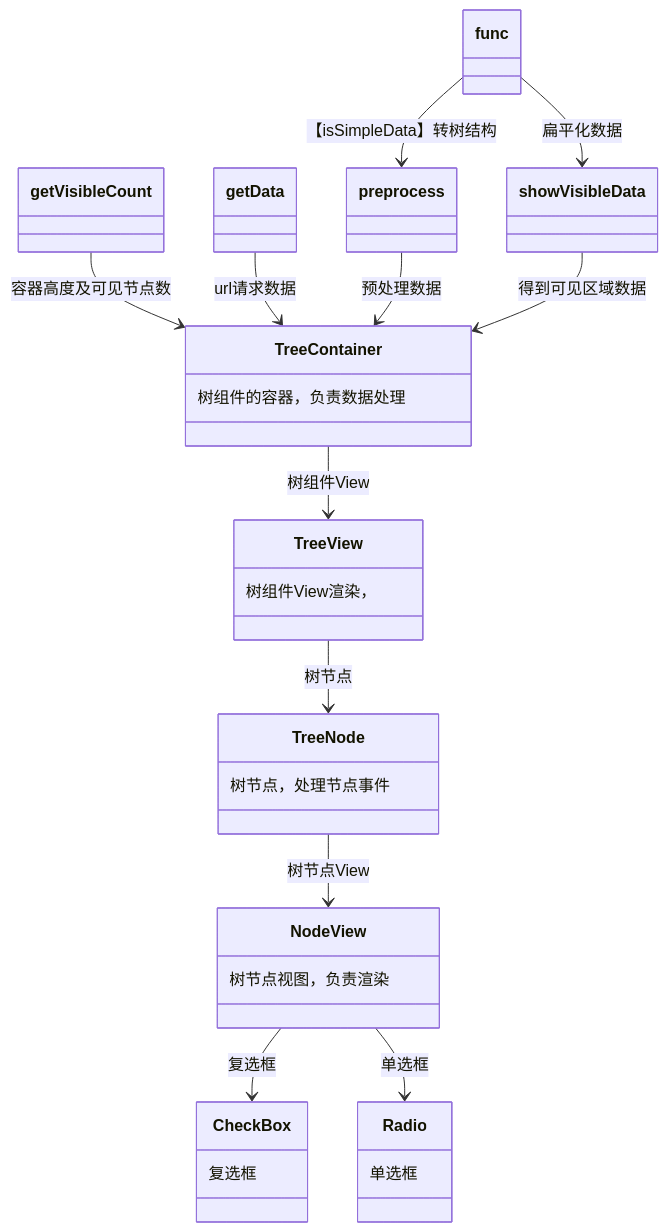
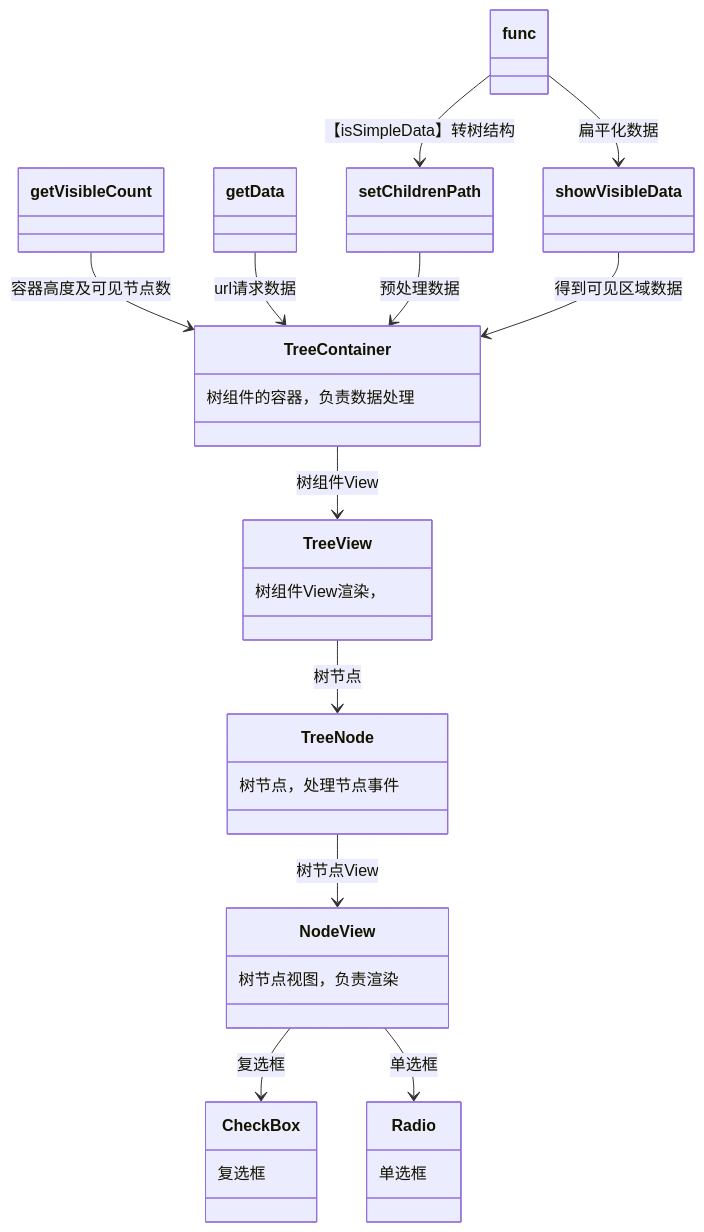
One commit to wangzhiyonglyk/wasabi-tree changed the first of 3 diagrams in README.md. Above: the diagram before and after it, drawn with Mermaid. The commit also changed other lines of this file, not shown here.

Commit message:
修复说明

````diff
--- a/README.md
+++ b/README.md
@@ -56,35 +56,35 @@
 ```Mermaid
 classDiagram
     class TreeContainer{
     树组件的容器，负责数据处理
     }
     class TreeView{
         树组件View渲染，
     }
 
     class TreeNode{
         树节点，处理节点事件
     }
     class NodeView{
         树节点视图，负责渲染
     }
     class CheckBox{
         复选框
     }
     class Radio{
         单选框
     }
  
     TreeContainer-->TreeView:树组件View
     TreeView-->TreeNode:树节点
     TreeNode-->NodeView:树节点View
     NodeView-->CheckBox:复选框
       NodeView-->Radio:单选框
     getVisibleCount-->TreeContainer:容器高度及可见节点数
     getData-->TreeContainer:url请求数据
-    preprocess-->TreeContainer:预处理数据
+    setChildrenPath-->TreeContainer:预处理数据
     showVisibleData-->TreeContainer:得到可见区域数据
-    func-->preprocess:【isSimpleData】转树结构
+    func-->setChildrenPath:【isSimpleData】转树结构
     func-->showVisibleData:扁平化数据
 
 ```
````
